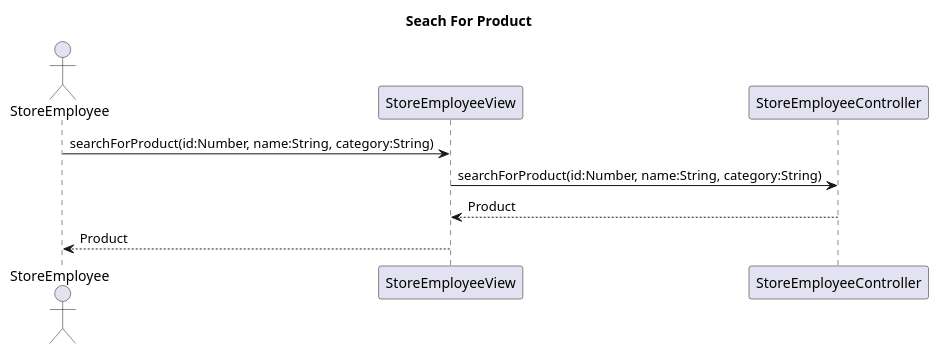
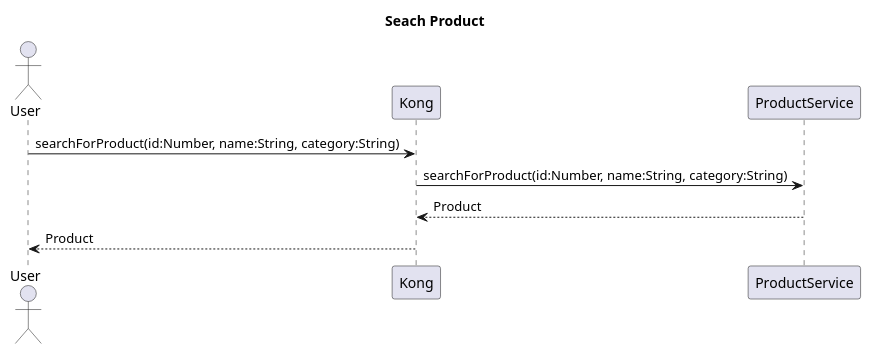
The ninth of 20 diagrams in docs/rapport.md (ThePhobosDeimosSuite/laboratoire-0_log430), drawn with PlantUML before and after one commit. The commit also changed other lines of this file and 21 other files, not shown here.

```diff
--- a/docs/rapport.md
+++ b/docs/rapport.md
@@ -214,10 +477,10 @@
-@startuml search-for-product
-title Seach For Product
-actor StoreEmployee
+@startuml search-product
+title Seach Product
+actor User
 
-StoreEmployee -> StoreEmployeeView : searchForProduct(id:Number, name:String, category:String)
-StoreEmployeeView -> StoreEmployeeController : searchForProduct(id:Number, name:String, category:String)
-StoreEmployeeController --> StoreEmployeeView : Product
-StoreEmployeeView --> StoreEmployee : Product
+User -> Kong : searchForProduct(id:Number, name:String, category:String)
+Kong -> ProductService : searchForProduct(id:Number, name:String, category:String)
+ProductService --> Kong : Product
+Kong --> User : Product
 
 @enduml
```
